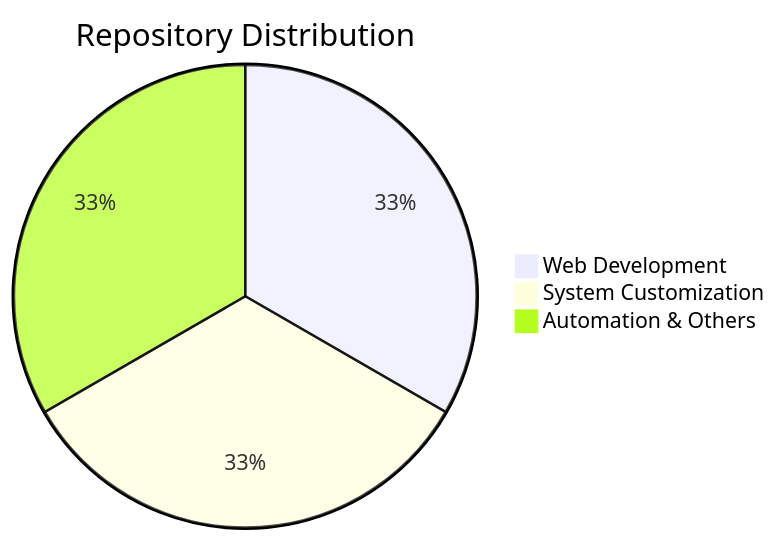
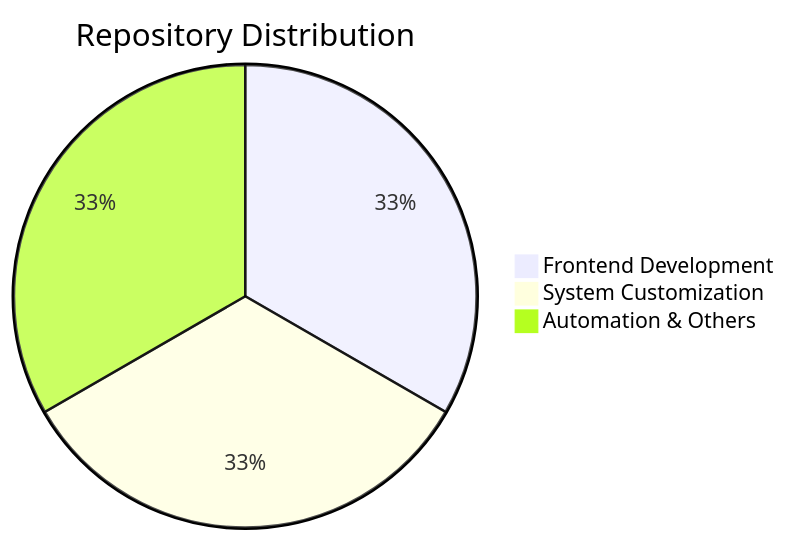
The third of 4 diagrams in README.md (Hiroshi0Nohara/Hiroshi0Nohara), drawn with Mermaid before and after one commit. The commit also changed other lines of this file, not shown here.

````diff
--- a/README.md
+++ b/README.md
@@ -135,6 +272,6 @@
   ```mermaid
   pie title Repository Distribution
-    "Web Development" : 33.33
+    "Frontend Development" : 33.33
     "System Customization" : 33.33
     "Automation & Others" : 33.33
   ```
````
